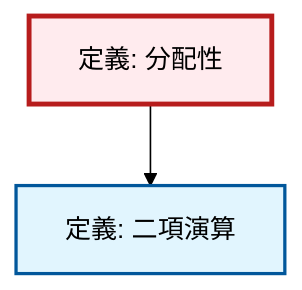
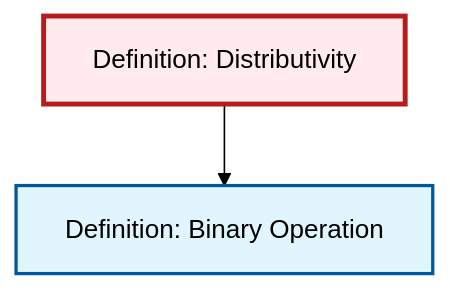
The diagram in content/ja/algebra/def-distributivity.qmd (RK0429/ModernMath), drawn with Mermaid (forest theme) before and after one commit. The commit also changed 203 other files, not shown here.

````diff
--- a/content/ja/algebra/def-distributivity.qmd
+++ b/content/ja/algebra/def-distributivity.qmd
@@ -105,15 +105,13 @@
 ```{mermaid}
-%%| fig-cap: "局所依存関係グラフ"
+%%| fig-cap: "Local dependency graph"
 graph TD
     classDef definition fill:#e1f5fe,stroke:#01579b,stroke-width:2px
     classDef theorem fill:#f3e5f5,stroke:#4a148c,stroke-width:2px
     classDef axiom fill:#fff3e0,stroke:#e65100,stroke-width:2px
     classDef example fill:#e8f5e9,stroke:#1b5e20,stroke-width:2px
     classDef current fill:#ffebee,stroke:#b71c1c,stroke-width:3px
-    def-distributivity["定義: 分配性"]:::definition
-    def-binary-operation["定義: 二項演算"]:::definition
+    def-distributivity["Definition: Distributivity"]:::definition
+    def-binary-operation["Definition: Binary Operation"]:::definition
     def-distributivity --> def-binary-operation
     class def-distributivity current
-
-    click def-binary-operation "def-binary-operation.html" "二項演算の定義へ"
 ```
````
